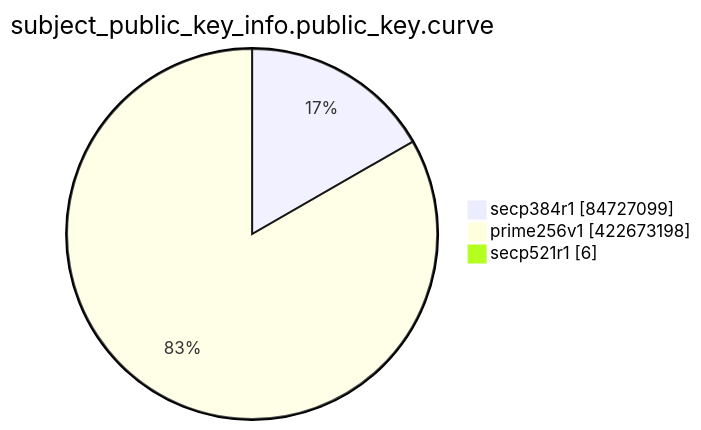
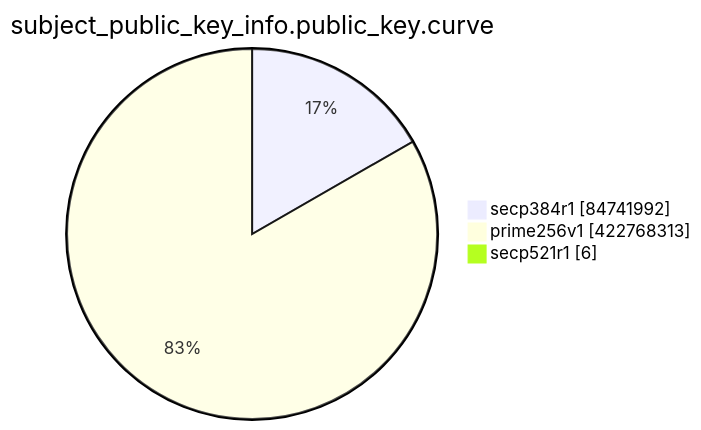
One commit to christiankrug/ctmonitor_visualization changed the eighth of 15 diagrams in TOTAL/README.md. Above: the diagram before and after it, drawn with Mermaid. The commit also changed other lines of this file, not shown here.

````diff
--- a/TOTAL/README.md
+++ b/TOTAL/README.md
@@ -3099,7 +3099,7 @@
 ```mermaid
 pie showData
 title subject_public_key_info.public_key.curve
-"secp384r1" :84727099
-"prime256v1" :422673198
+"secp384r1" :84741992
+"prime256v1" :422768313
 "secp521r1" :6
 ```
````
